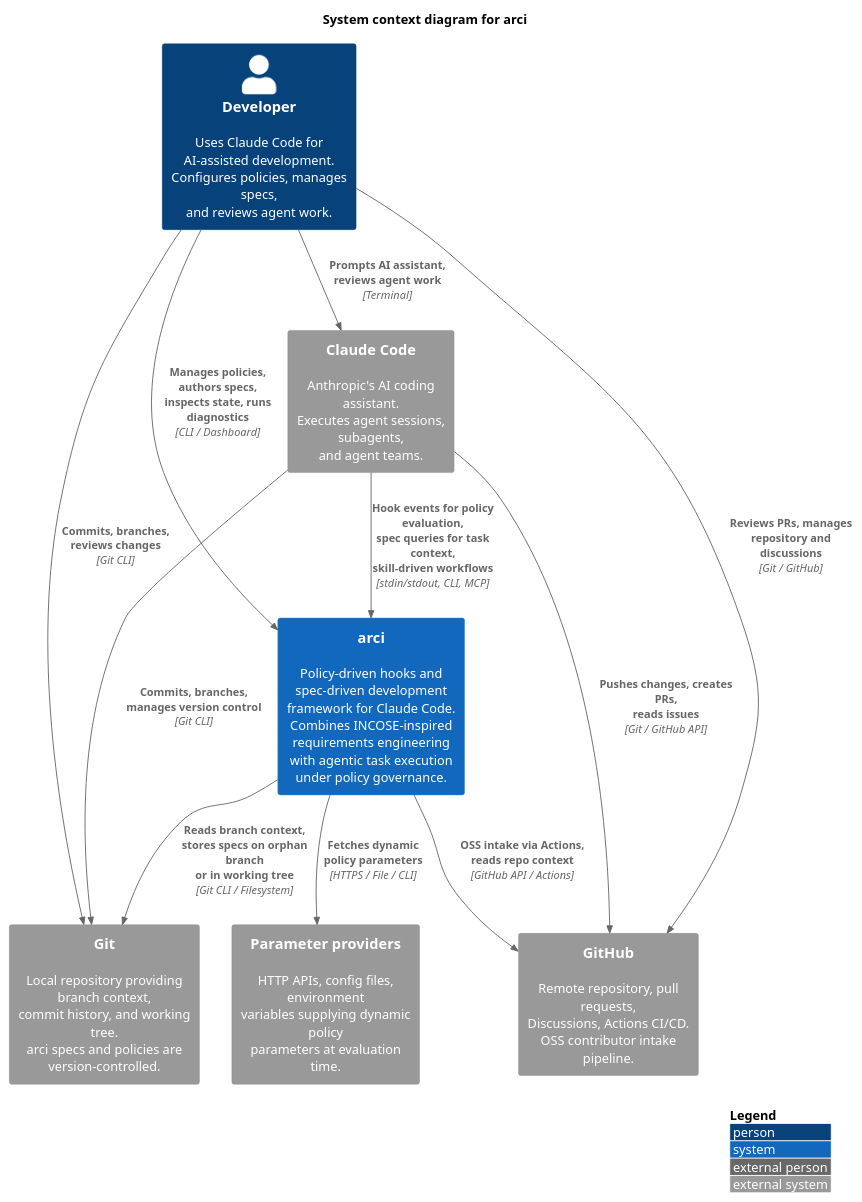
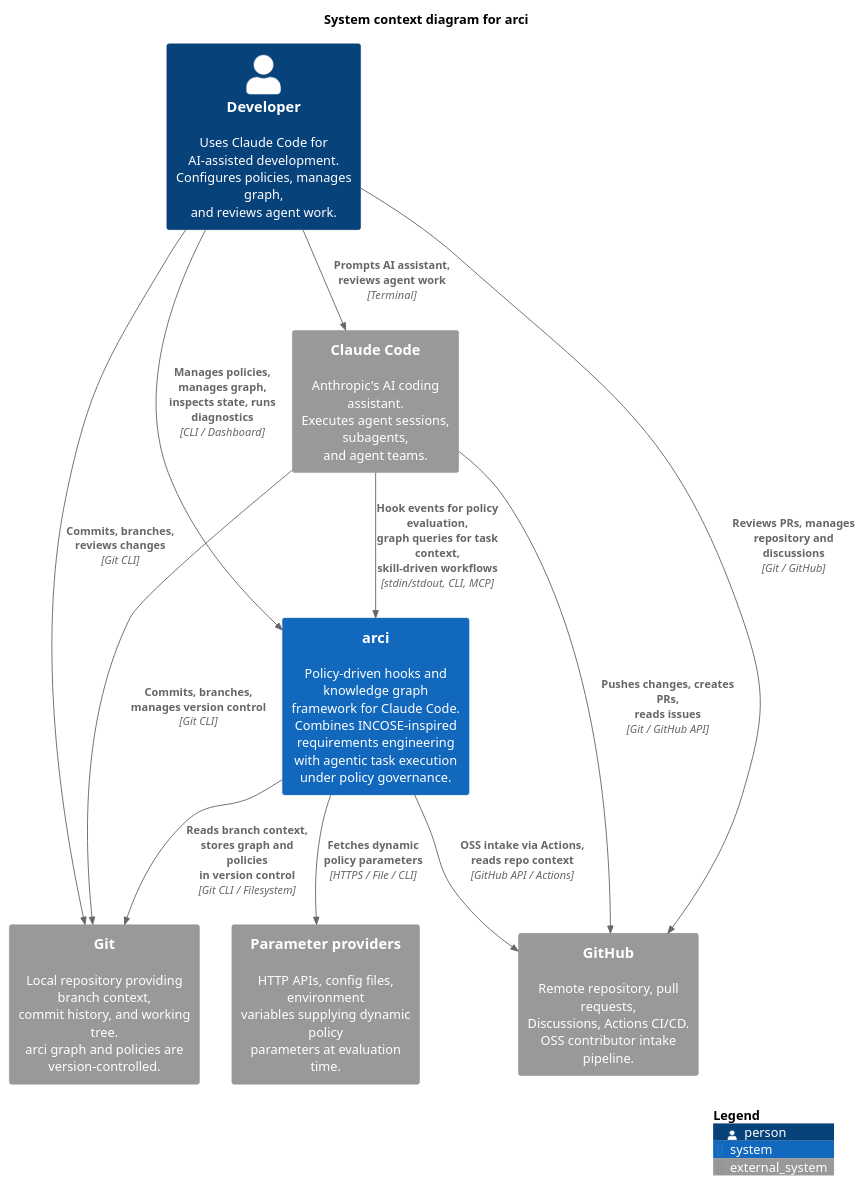
Before and after one commit to krav-sh/krav: the diagram in docs/design/diagrams/arci-c4-context.puml, drawn with PlantUML. The commit also changed 144 other files, not shown here.

```diff
--- a/docs/design/diagrams/arci-c4-context.puml
+++ b/docs/design/diagrams/arci-c4-context.puml
@@ -1,36 +1,36 @@
 @startuml arci-c4-context
 !include <C4/C4_Context>
 
-LAYOUT_WITH_LEGEND()
-
 title System context diagram for arci
 
-Person(developer, "Developer", "Uses Claude Code for AI-assisted development.\nConfigures policies, manages specs,\nand reviews agent work.")
+Person(developer, "Developer", "Uses Claude Code for AI-assisted development.\nConfigures policies, manages graph,\nand reviews agent work.")
 
-System(arci, "arci", "Policy-driven hooks and spec-driven development\nframework for Claude Code. Combines INCOSE-inspired\nrequirements engineering with agentic task execution\nunder policy governance.")
+System(arci, "arci", "Policy-driven hooks and knowledge graph\nframework for Claude Code. Combines INCOSE-inspired\nrequirements engineering with agentic task execution\nunder policy governance.")
 
 System_Ext(claude_code, "Claude Code", "Anthropic's AI coding assistant.\nExecutes agent sessions, subagents,\nand agent teams.")
 
-System_Ext(git, "Git", "Local repository providing branch context,\ncommit history, and working tree.\narci specs and policies are version-controlled.")
+System_Ext(git, "Git", "Local repository providing branch context,\ncommit history, and working tree.\narci graph and policies are version-controlled.")
 
 System_Ext(github, "GitHub", "Remote repository, pull requests,\nDiscussions, Actions CI/CD.\nOSS contributor intake pipeline.")
 
 System_Ext(param_providers, "Parameter providers", "HTTP APIs, config files, environment\nvariables supplying dynamic policy\nparameters at evaluation time.")
 
 ' Developer relationships
 Rel(developer, claude_code, "Prompts AI assistant,\nreviews agent work", "Terminal")
-Rel(developer, arci, "Manages policies, authors specs,\ninspects state, runs diagnostics", "CLI / Dashboard")
+Rel(developer, arci, "Manages policies, manages graph,\ninspects state, runs diagnostics", "CLI / Dashboard")
 Rel(developer, git, "Commits, branches,\nreviews changes", "Git CLI")
 Rel(developer, github, "Reviews PRs, manages\nrepository and discussions", "Git / GitHub")
 
 ' Claude Code relationships
-Rel(claude_code, arci, "Hook events for policy evaluation,\nspec queries for task context,\nskill-driven workflows", "stdin/stdout, CLI, MCP")
+Rel(claude_code, arci, "Hook events for policy evaluation,\ngraph queries for task context,\nskill-driven workflows", "stdin/stdout, CLI, MCP")
 Rel(claude_code, git, "Commits, branches,\nmanages version control", "Git CLI")
 Rel(claude_code, github, "Pushes changes, creates PRs,\nreads issues", "Git / GitHub API")
 
 ' arci relationships
-Rel(arci, git, "Reads branch context,\nstores specs on orphan branch\nor in working tree", "Git CLI / Filesystem")
+Rel(arci, git, "Reads branch context,\nstores graph and policies\nin version control", "Git CLI / Filesystem")
 Rel(arci, github, "OSS intake via Actions,\nreads repo context", "GitHub API / Actions")
 Rel(arci, param_providers, "Fetches dynamic\npolicy parameters", "HTTPS / File / CLI")
 
+SHOW_LEGEND()
+
 @enduml
```
